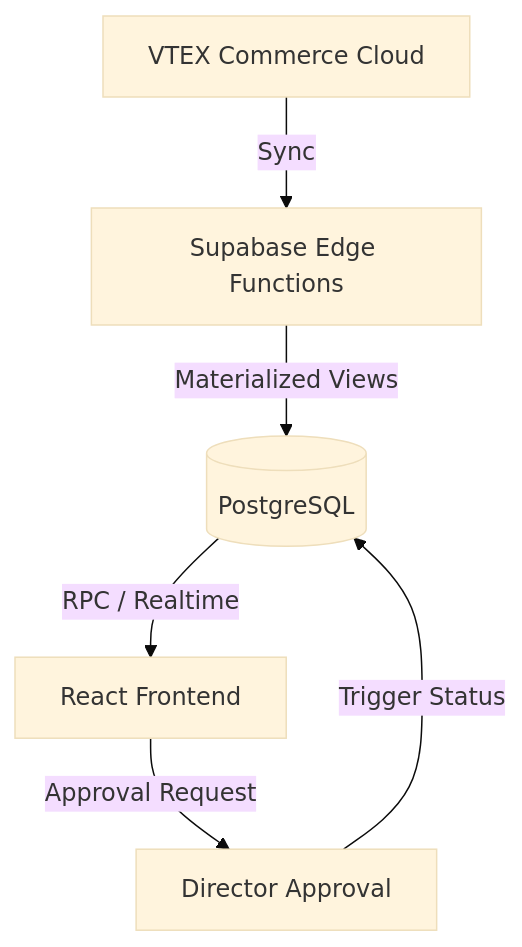
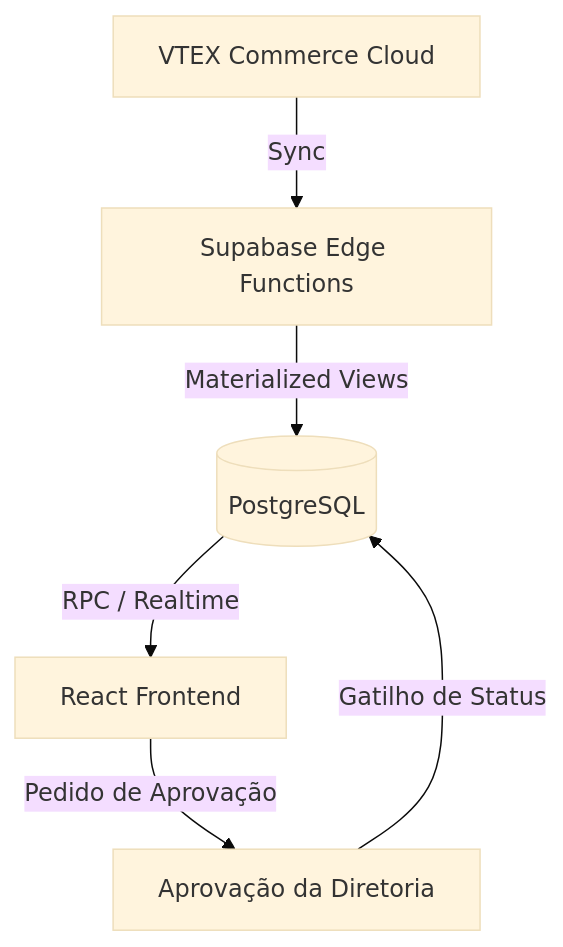
The diagram in README.md (pinn-product-builder/microsaashub-pardis-sellerflow), drawn with Mermaid (base theme) before and after one commit. The commit also changed other lines of this file, not shown here.

````diff
--- a/README.md
+++ b/README.md
@@ -19,8 +19,8 @@
 ```mermaid
 graph TD
     VTEX[VTEX Commerce Cloud] -- Sync --> SEF[Supabase Edge Functions]
     SEF -- Materialized Views --> DB[(PostgreSQL)]
     DB -- RPC / Realtime --> APP[React Frontend]
-    APP -- Approval Request --> APP_AUTH[Director Approval]
-    APP_AUTH -- Trigger Status --> DB
+    APP -- Pedido de Aprovação --> APP_AUTH[Aprovação da Diretoria]
+    APP_AUTH -- Gatilho de Status --> DB
 ```
````
